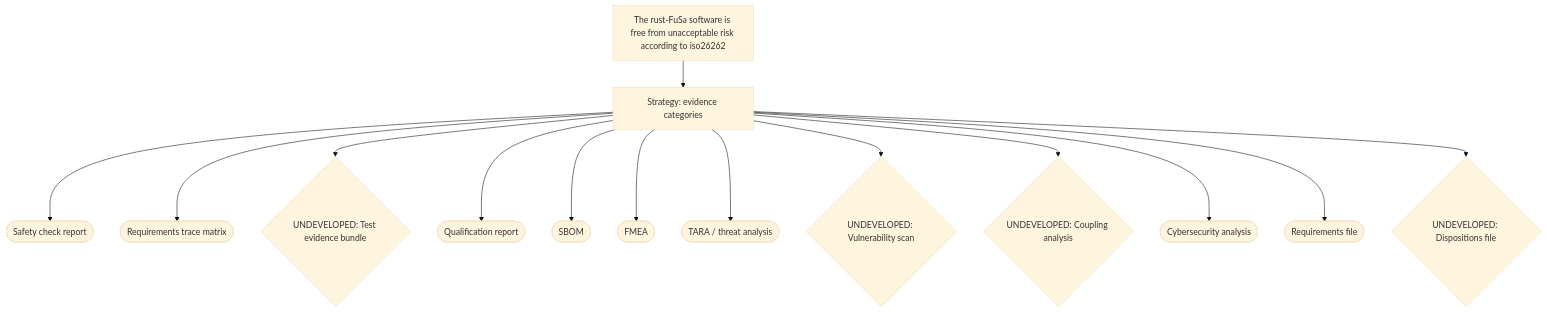
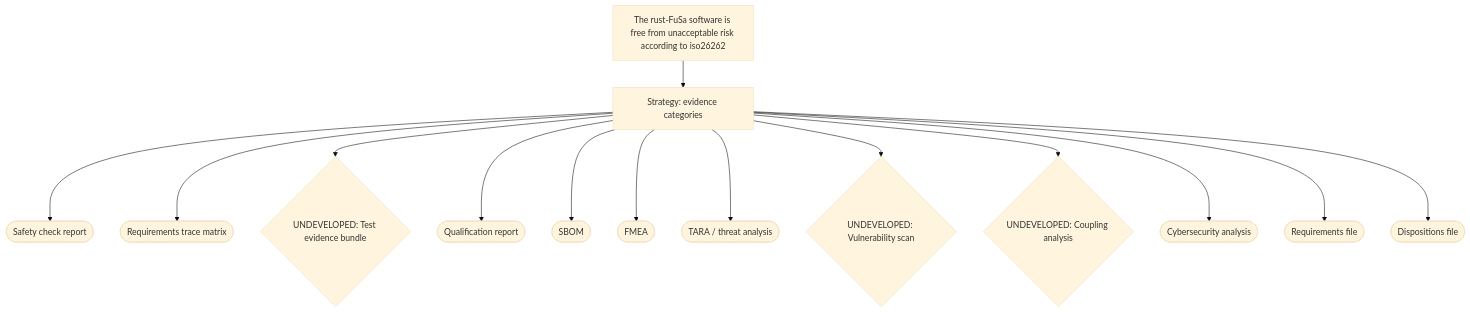
The diagram in safety-case.mermaid (SoundMatt/rust-FuSa), drawn with Mermaid (base theme) before and after one commit. The commit also changed 31 other files, not shown here.

```diff
--- a/safety-case.mermaid
+++ b/safety-case.mermaid
@@ -1,14 +1,14 @@
 graph TB
   G1["The rust-FuSa software is free from unacceptable risk according to iso26262"] --> St1[Strategy: evidence categories]
   St1 --> G2(["Safety check report"])
   St1 --> G3(["Requirements trace matrix"])
   St1 --> G4{"UNDEVELOPED: Test evidence bundle"}
   St1 --> G5(["Qualification report"])
   St1 --> G6(["SBOM"])
   St1 --> G7(["FMEA"])
   St1 --> G8(["TARA / threat analysis"])
   St1 --> G9{"UNDEVELOPED: Vulnerability scan"}
   St1 --> G10{"UNDEVELOPED: Coupling analysis"}
   St1 --> G11(["Cybersecurity analysis"])
   St1 --> G12(["Requirements file"])
-  St1 --> G13{"UNDEVELOPED: Dispositions file"}
+  St1 --> G13(["Dispositions file"])
```
